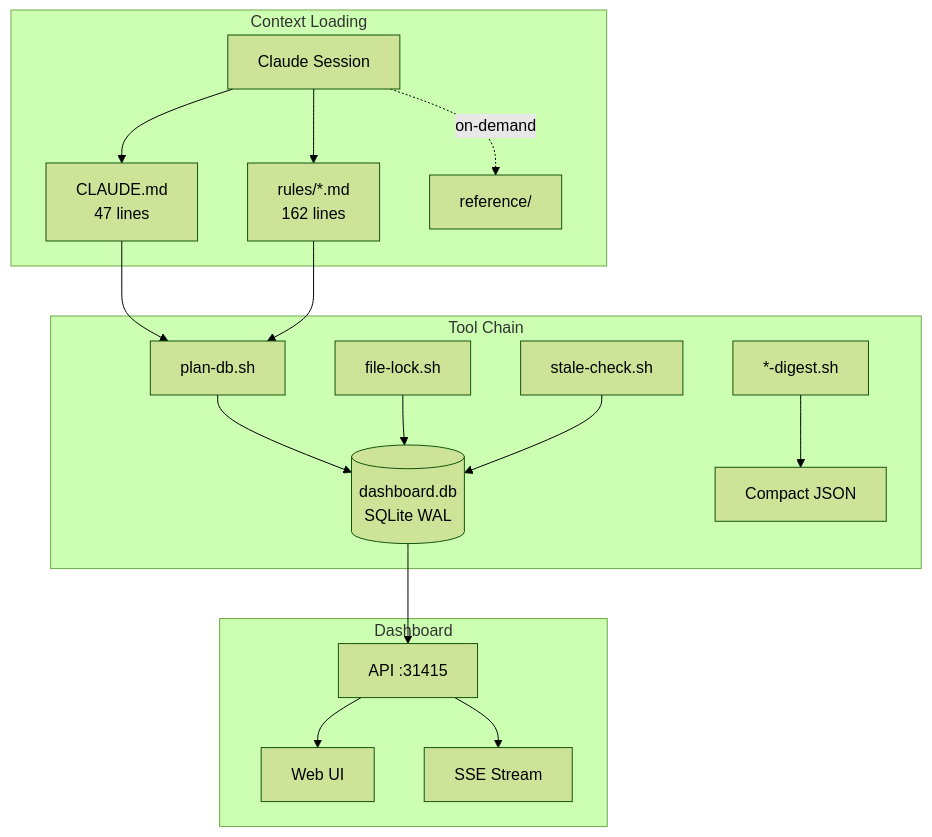
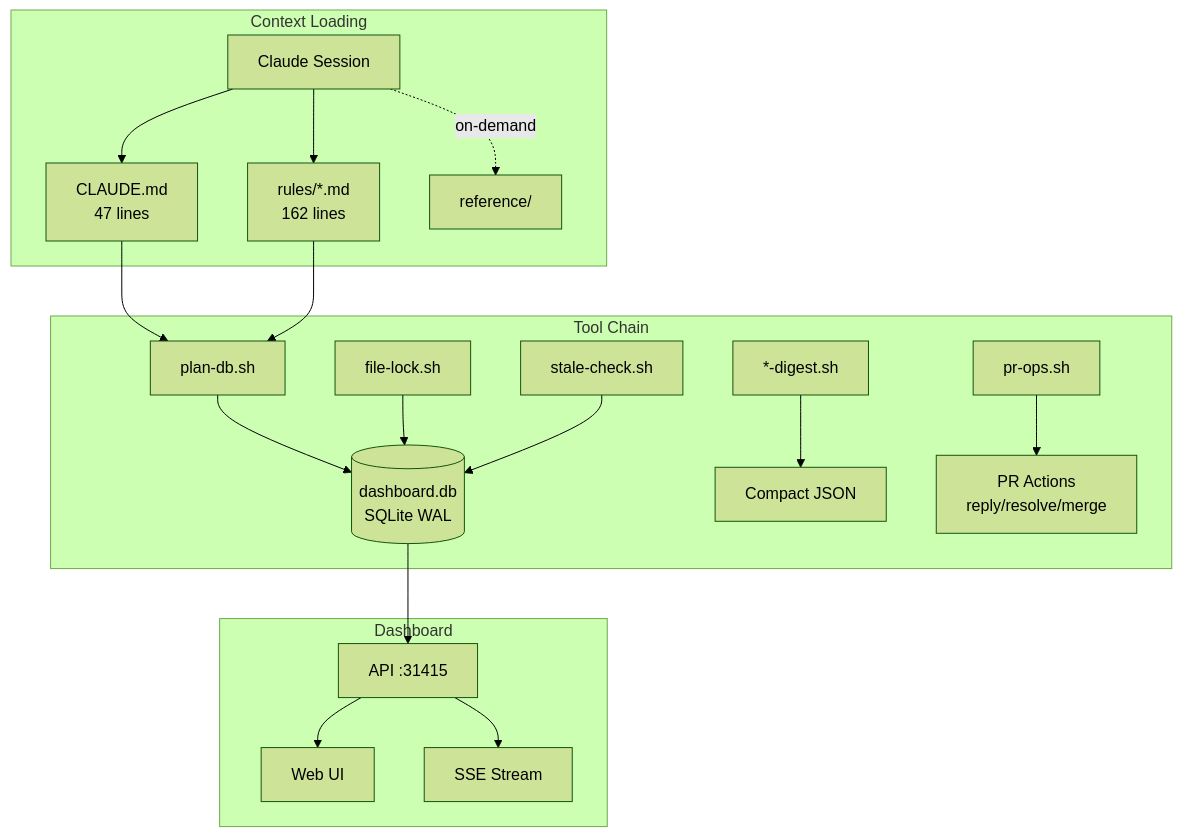
One commit to Roberdan/MyConvergio changed the first of 6 diagrams in README.md. Above: the diagram before and after it, drawn with Mermaid (forest theme). The commit also changed other lines of this file and 5 other files, not shown here.

````diff
--- a/README.md
+++ b/README.md
@@ -15,21 +15,22 @@
 ```mermaid
 graph TB
     subgraph "Context Loading"
         A[Claude Session] --> B[CLAUDE.md<br/>47 lines]
         A --> C[rules/*.md<br/>162 lines]
         A -.->|on-demand| D[reference/]
     end
     subgraph "Tool Chain"
         E[plan-db.sh] --> F[(dashboard.db<br/>SQLite WAL)]
         G[*-digest.sh] --> H[Compact JSON]
+        G2[pr-ops.sh] --> H2[PR Actions<br/>reply/resolve/merge]
         I[file-lock.sh] --> F
         J[stale-check.sh] --> F
     end
     subgraph "Dashboard"
         F --> K[API :31415]
         K --> L[Web UI]
         K --> M[SSE Stream]
     end
     B --> E
     C --> E
 ```
````
